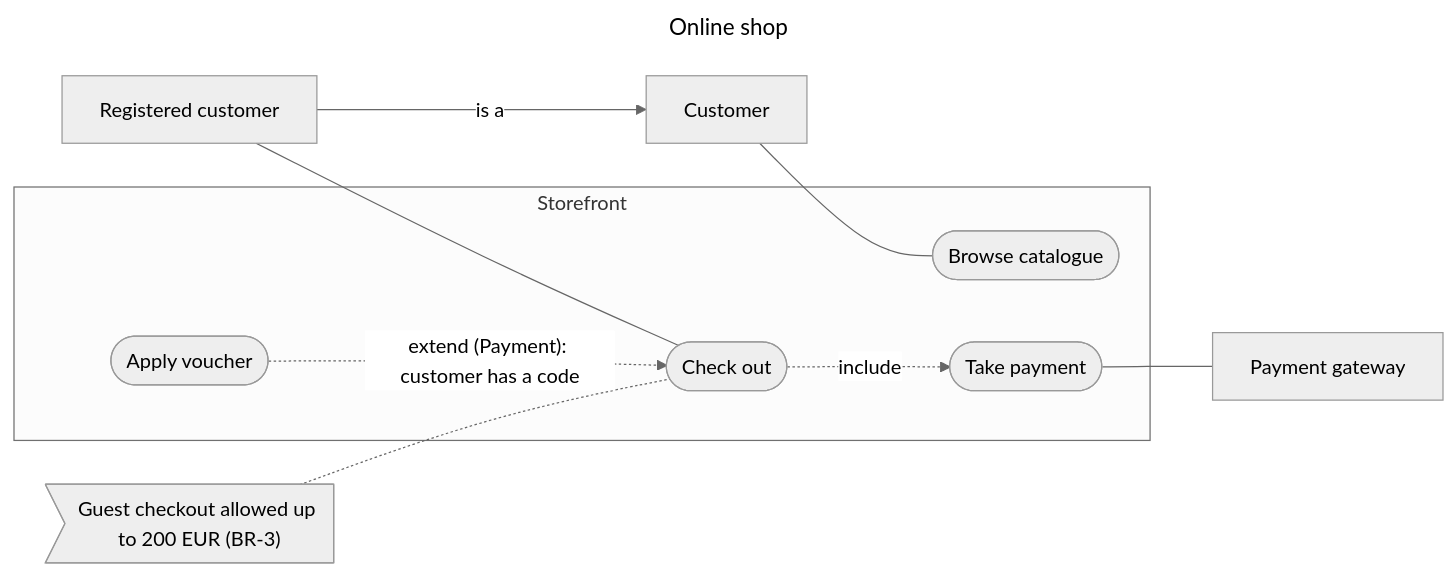
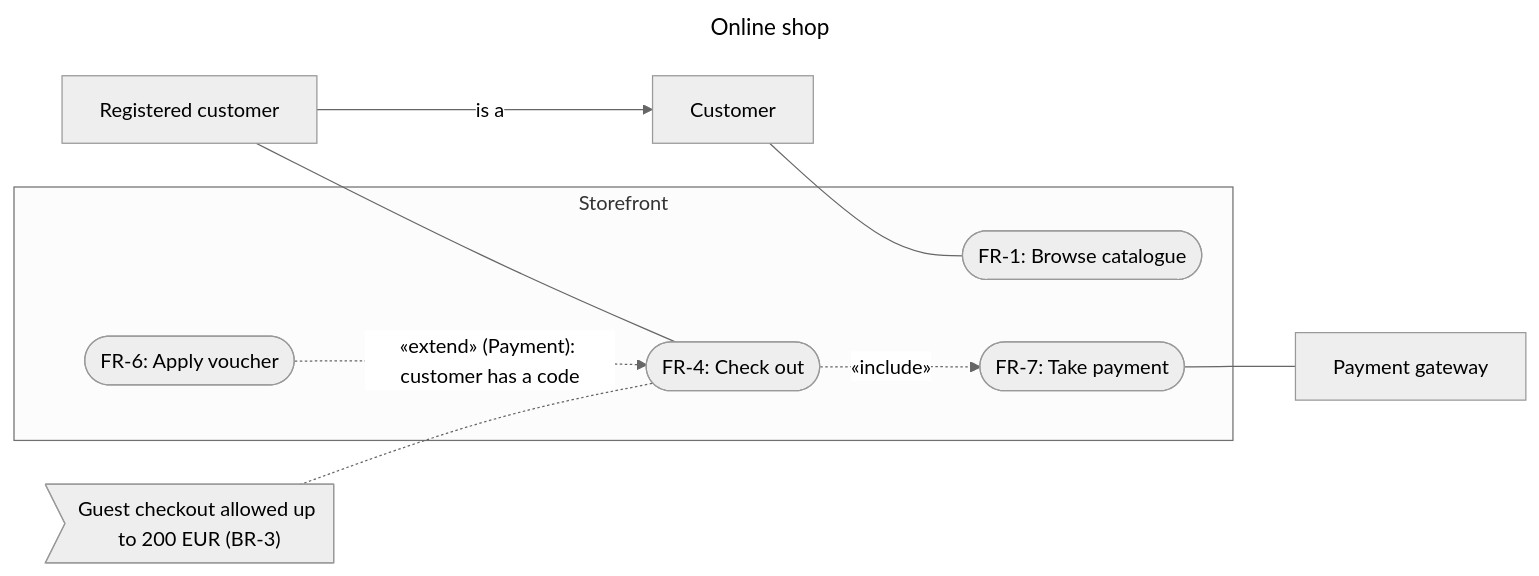
The diagram in references/types/usecase.md (khanhchungoc/ultimate-diagraming-skill), drawn with Mermaid (neutral theme) before and after one commit. The commit also changed other lines of this file and 25 other files, not shown here.

````diff
--- a/references/types/usecase.md
+++ b/references/types/usecase.md
@@ -9,30 +9,30 @@
 ```mermaid
 ---
 title: Online shop
 ---
 %% @type usecase
 %% @colorKey 1 Ordering
 %% @colorKey 2 Payments
 flowchart LR
   customer["Customer"]
   member["Registered customer"]
   psp["Payment gateway"]:::system
   subgraph shop["Storefront"]
-    browse(["Browse catalogue"]):::c1
-    checkout(["Check out"]):::c1
-    voucher(["Apply voucher"]):::c1
-    pay(["Take payment"]):::c2
+    browse(["FR-1: Browse catalogue"]):::c1
+    checkout(["FR-4: Check out"]):::c1
+    voucher(["FR-6: Apply voucher"]):::c1
+    pay(["FR-7: Take payment"]):::c2
   end
   class pay subfunction
   member -->|is a| customer
   customer --- browse
   member --- checkout
-  checkout -.->|include| pay
-  voucher -.->|"extend (Payment): customer has a code"| checkout
+  checkout -.->|«include»| pay
+  voucher -.->|"«extend» (Payment): customer has a code"| checkout
   pay --- psp
   n1>"Guest checkout allowed up to 200 EUR (BR-3)"] -.- checkout
   %% @refs browse FR-1
   %% @refs checkout FR-4
   %% @points checkout Payment
   %% @refs voucher FR-6
 ```
````
